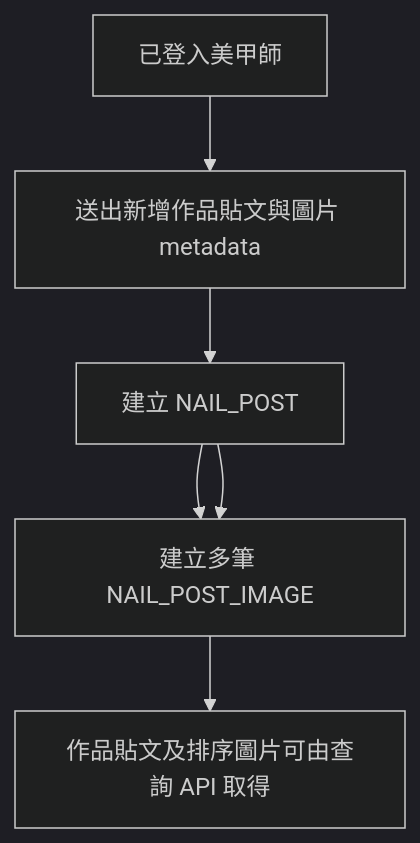
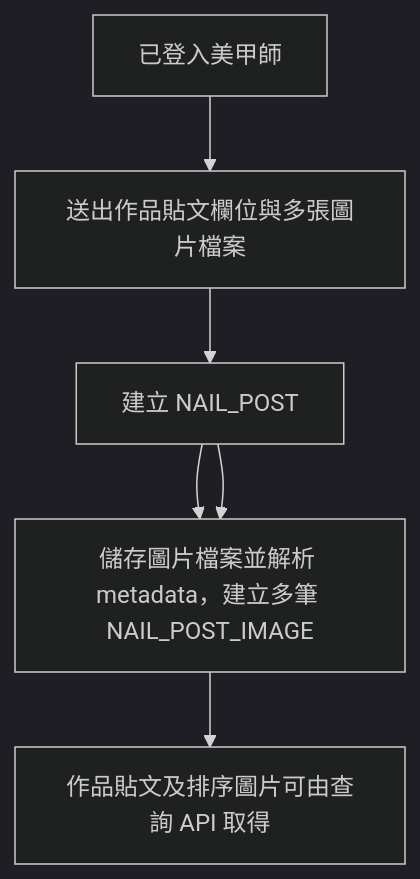
Before and after one commit to azsxdc5595/nail-saas-backend: the third of 4 diagrams in docs/05_UserFlow/Core-Flows.md, drawn with Mermaid (dark theme). The commit also changed other lines of this file and 9 other files, not shown here.

````diff
--- a/docs/05_UserFlow/Core-Flows.md
+++ b/docs/05_UserFlow/Core-Flows.md
@@ -114,13 +114,13 @@
 ```mermaid
 flowchart TD
     A[已登入美甲師]
-    B[送出新增作品貼文與圖片 metadata]
+    B[送出作品貼文欄位與多張圖片檔案]
     C[建立 NAIL_POST]
-    C --> C2[建立多筆 NAIL_POST_IMAGE]
+    C --> C2[儲存圖片檔案並解析 metadata，建立多筆 NAIL_POST_IMAGE]
     D[作品貼文及排序圖片可由查詢 API 取得]
 
     A --> B
     B --> C
     C --> C2
     C2 --> D
 ```
````
